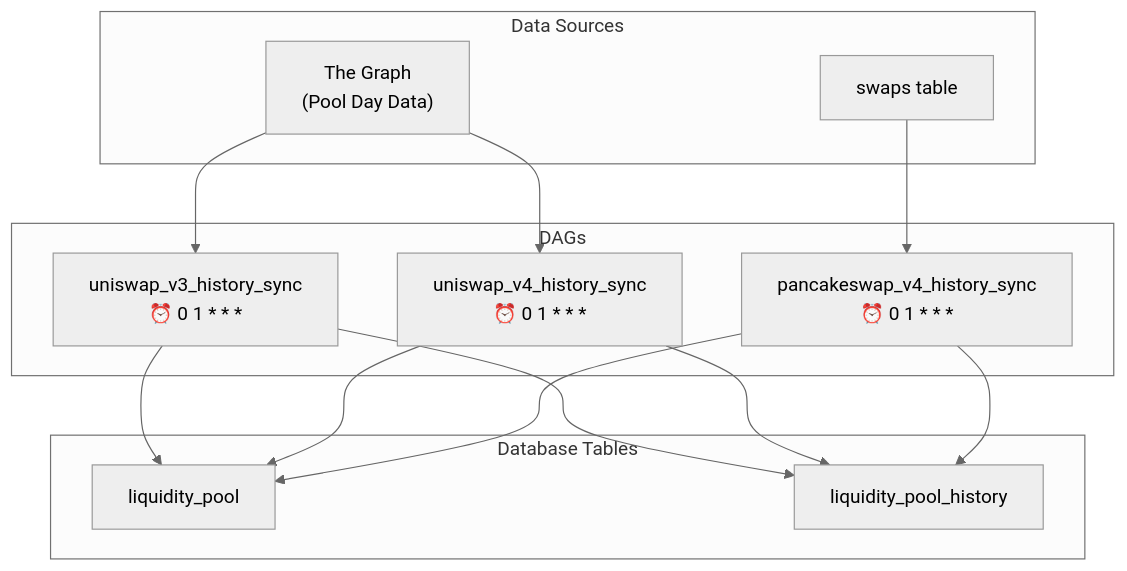
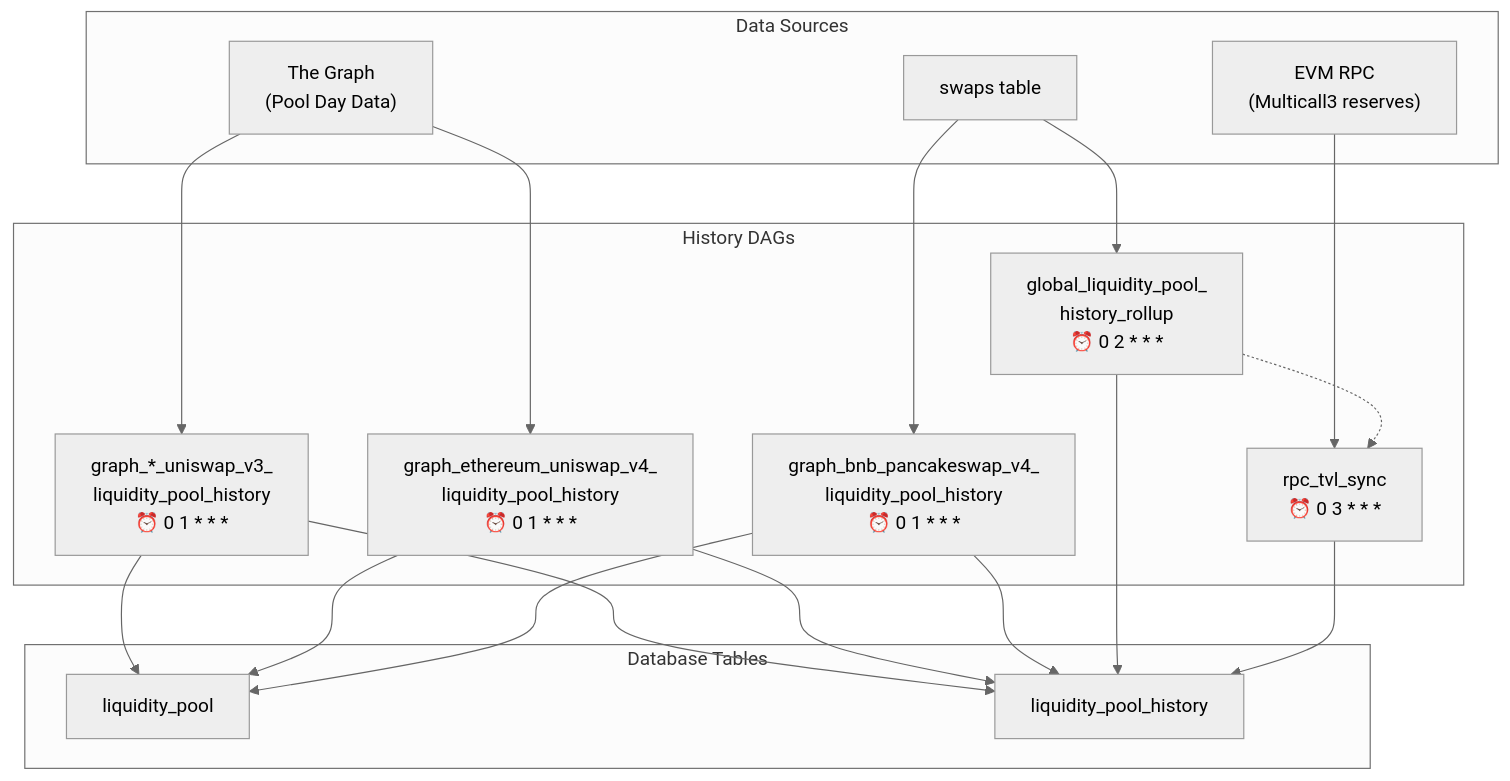
Before and after one commit to bekisz/chaintelligence: the fourth of 6 diagrams in chain-feeder/docs/DAGS.md, drawn with Mermaid (neutral theme). The commit also changed other lines of this file and 47 other files, not shown here.

````diff
--- a/chain-feeder/docs/DAGS.md
+++ b/chain-feeder/docs/DAGS.md
@@ -252,29 +240,37 @@
 ```mermaid
 graph TD
     subgraph Sources["Data Sources"]
         GRAPH_H["The Graph<br/>(Pool Day Data)"]
         SWAPS_T["swaps table"]
+        RPC_TVL["EVM RPC<br/>(Multicall3 reserves)"]
     end
 
-    subgraph DAGs["DAGs"]
-        V3H["uniswap_v3_history_sync<br/>⏰ 0 1 * * *"]
-        V4H["uniswap_v4_history_sync<br/>⏰ 0 1 * * *"]
-        PCS["pancakeswap_v4_history_sync<br/>⏰ 0 1 * * *"]
+    subgraph DAGs["History DAGs"]
+        V3H["graph_*_uniswap_v3_<br/>liquidity_pool_history<br/>⏰ 0 1 * * *"]
+        V4H["graph_ethereum_uniswap_v4_<br/>liquidity_pool_history<br/>⏰ 0 1 * * *"]
+        PCS["graph_bnb_pancakeswap_v4_<br/>liquidity_pool_history<br/>⏰ 0 1 * * *"]
+        ROLLUP["global_liquidity_pool_<br/>history_rollup<br/>⏰ 0 2 * * *"]
+        TVL["rpc_tvl_sync<br/>⏰ 0 3 * * *"]
     end
 
     GRAPH_H --> V3H
     GRAPH_H --> V4H
+    SWAPS_T --> ROLLUP
     SWAPS_T --> PCS
+    RPC_TVL --> TVL
+    ROLLUP -.-> TVL
 
     subgraph Tables["Database Tables"]
         LP_T["liquidity_pool"]
         LPH_T["liquidity_pool_history"]
     end
 
     V3H --> LP_T
     V3H --> LPH_T
     V4H --> LP_T
     V4H --> LPH_T
     PCS --> LP_T
     PCS --> LPH_T
+    ROLLUP --> LPH_T
+    TVL --> LPH_T
 ```
````
